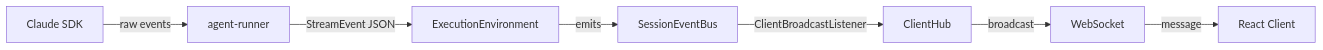
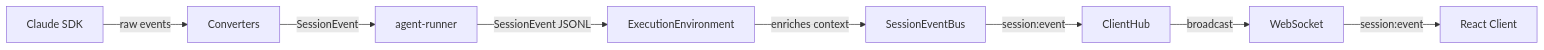
The diagram in docs/system/streaming-and-events.md (hhopkins95/ai-systems), drawn with Mermaid before and after one commit. The commit also changed other lines of this file and 7 other files, not shown here.

````diff
--- a/docs/system/streaming-and-events.md
+++ b/docs/system/streaming-and-events.md
@@ -16,9 +16,10 @@
 ```mermaid
 flowchart LR
-    SDK[Claude SDK] -->|raw events| Runner[agent-runner]
-    Runner -->|StreamEvent JSON| EE[ExecutionEnvironment]
-    EE -->|emits| SEB[SessionEventBus]
-    SEB -->|ClientBroadcastListener| CH[ClientHub]
+    SDK[Claude SDK] -->|raw events| Conv[Converters]
+    Conv -->|SessionEvent| Runner[agent-runner]
+    Runner -->|SessionEvent JSONL| EE[ExecutionEnvironment]
+    EE -->|enriches context| SEB[SessionEventBus]
+    SEB -->|session:event| CH[ClientHub]
     CH -->|broadcast| WS[WebSocket]
-    WS -->|message| Client[React Client]
+    WS -->|session:event| Client[React Client]
 ```
````
